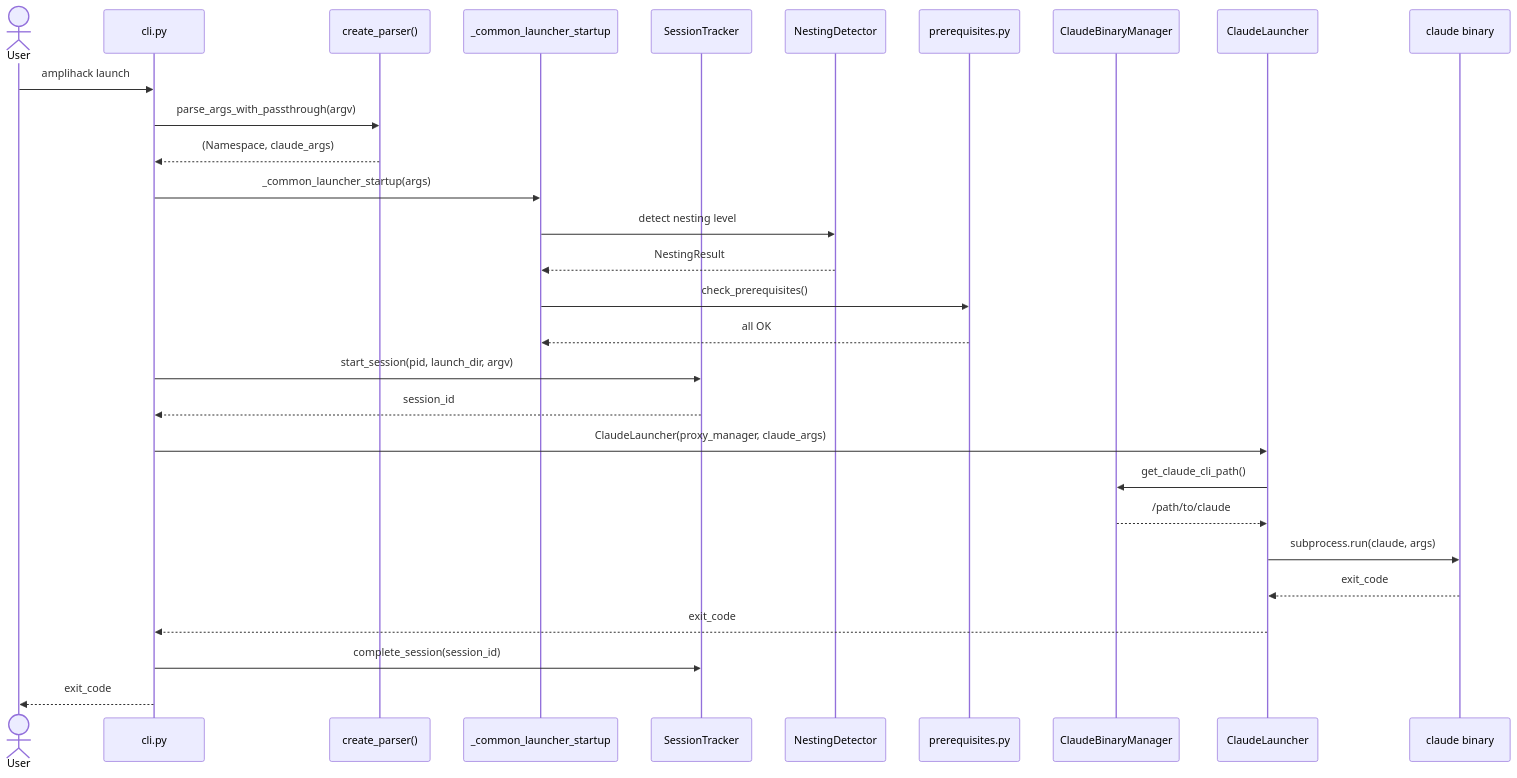
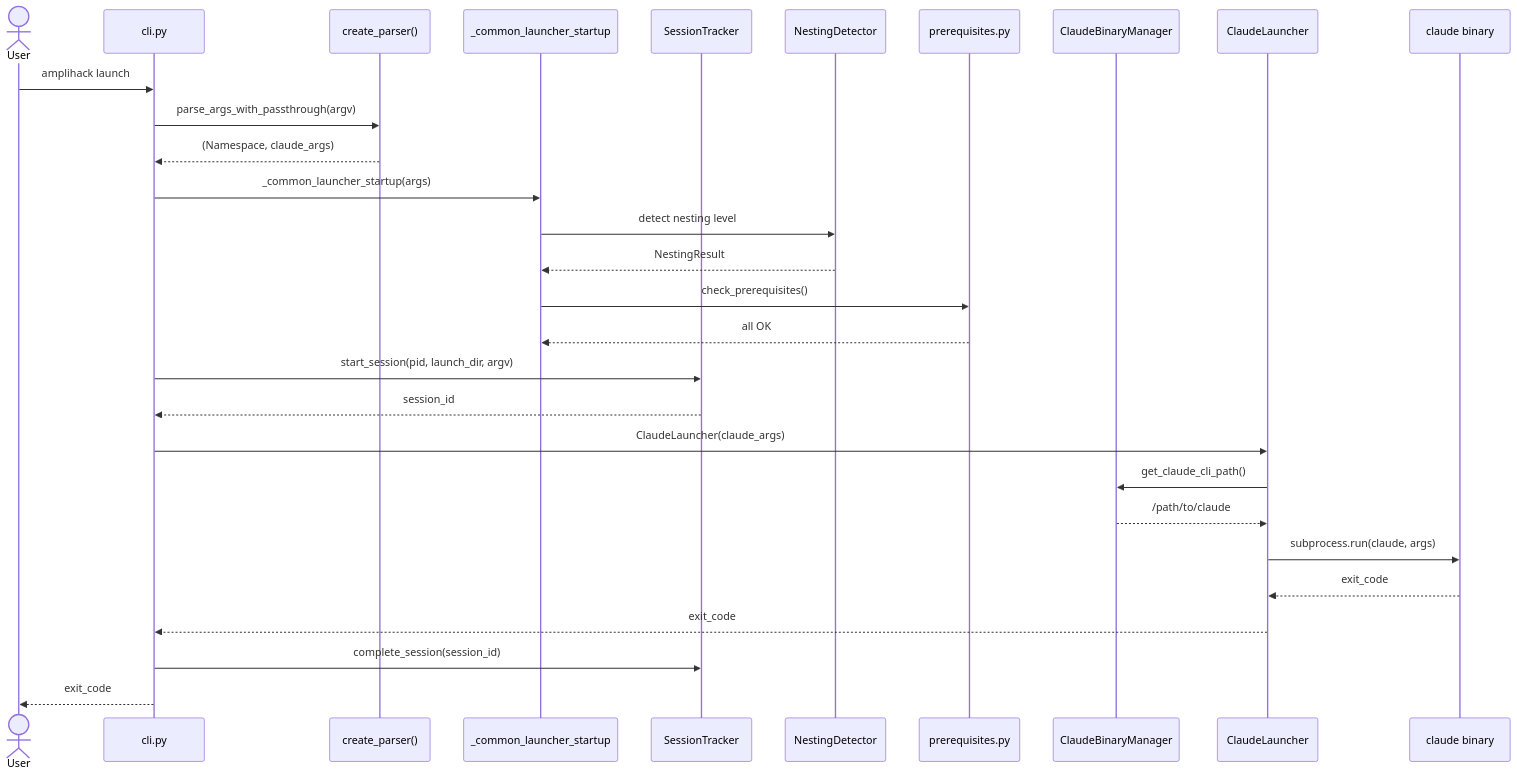
Before and after one commit to rysweet/amplihack: the diagram in docs/atlas/user-journeys/journey-launch-claude.mmd, drawn with Mermaid. The commit also changed 23 other files, not shown here.

```diff
--- a/docs/atlas/user-journeys/journey-launch-claude.mmd
+++ b/docs/atlas/user-journeys/journey-launch-claude.mmd
@@ -1,30 +1,30 @@
 sequenceDiagram
     actor User
     participant CLI as cli.py
     participant Parser as create_parser()
     participant Startup as _common_launcher_startup
     participant Tracker as SessionTracker
     participant Nesting as NestingDetector
     participant Prereqs as prerequisites.py
     participant Binary as ClaudeBinaryManager
     participant Launcher as ClaudeLauncher
     participant Claude as claude binary
 
     User->>CLI: amplihack launch
     CLI->>Parser: parse_args_with_passthrough(argv)
     Parser-->>CLI: (Namespace, claude_args)
     CLI->>Startup: _common_launcher_startup(args)
     Startup->>Nesting: detect nesting level
     Nesting-->>Startup: NestingResult
     Startup->>Prereqs: check_prerequisites()
     Prereqs-->>Startup: all OK
     CLI->>Tracker: start_session(pid, launch_dir, argv)
     Tracker-->>CLI: session_id
-    CLI->>Launcher: ClaudeLauncher(proxy_manager, claude_args)
+    CLI->>Launcher: ClaudeLauncher(claude_args)
     Launcher->>Binary: get_claude_cli_path()
     Binary-->>Launcher: /path/to/claude
     Launcher->>Claude: subprocess.run(claude, args)
     Claude-->>Launcher: exit_code
     Launcher-->>CLI: exit_code
     CLI->>Tracker: complete_session(session_id)
     CLI-->>User: exit_code
```
